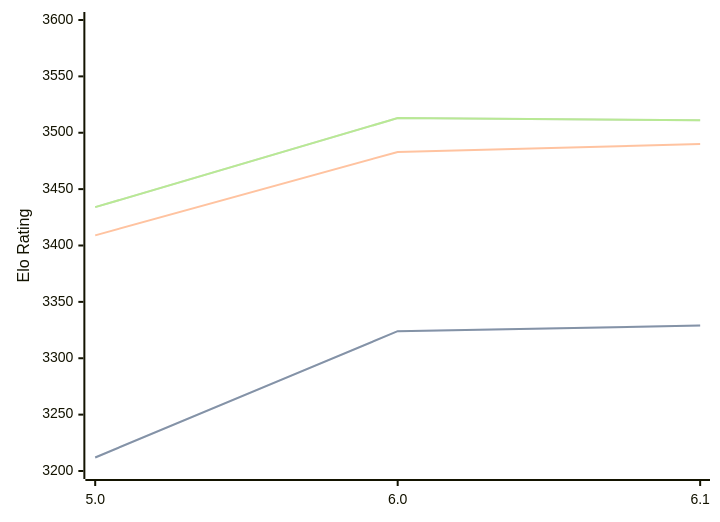
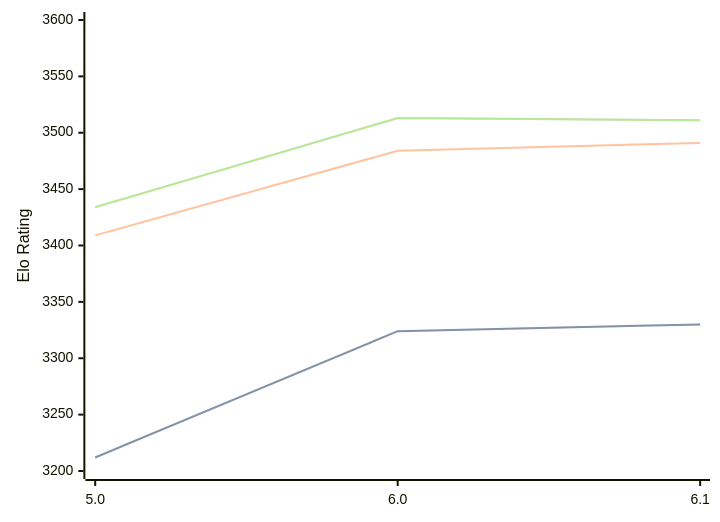
The diagram in engines/Starzix.md (computer-chess-index/cci), drawn with Mermaid before and after one commit. The commit also changed other lines of this file, not shown here.

````diff
--- a/engines/Starzix.md
+++ b/engines/Starzix.md
@@ -33,11 +33,11 @@
 ```mermaid
 %%{init: {"theme":"base","themeVariables":{"seriesColors:['#a3a3a3','#222221','#faa371']}}}%%
 xychart-beta
   x-axis ["5.0", "6.0", "6.1"]
   y-axis "Elo Rating" 3200 --> 3600
-  line "STC (8.0+0.08s)" [3212, 3324, 3329]
-  line "STC (8.0+0.08s)" [3212, 3324, 3329]
-  line "LTC (60.0+0.60s)" [3409, 3483, 3490]
+  line "STC (8.0+0.08s)" [3212, 3324, 3330]
+  line "STC (8.0+0.08s)" [3212, 3324, 3330]
+  line "LTC (60.0+0.60s)" [3409, 3484, 3491]
   line "VLTC (2m24s+1.12s)" [3434, 3513, 3511]
   line "VLTC (2m24s+1.12s)" [3434, 3513, 3511]
 ```
````
